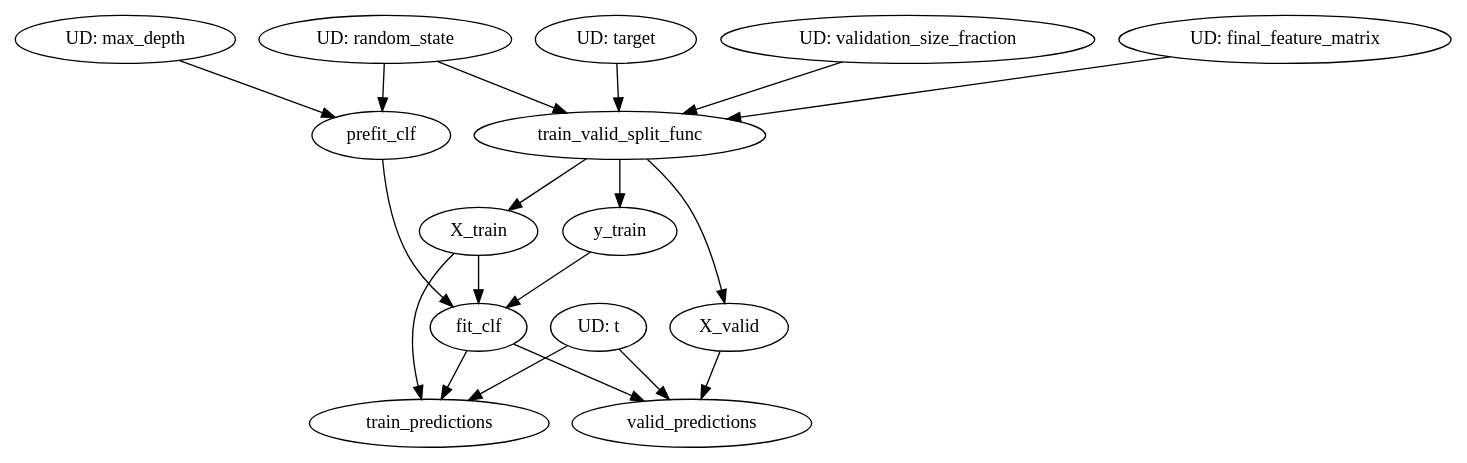
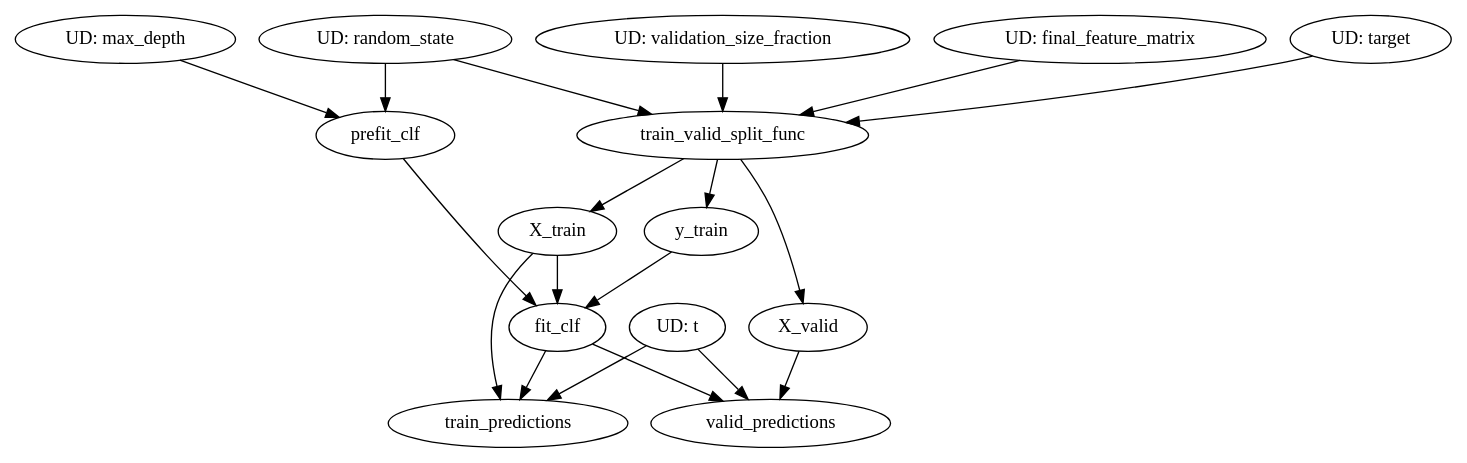
The diagram in artifacts/training.dot (aamir09/mlops2_with_dagster), drawn with Graphviz before and after one commit. The commit also changed other lines of this file and 21 other files, not shown here.

```diff
--- a/artifacts/training.dot
+++ b/artifacts/training.dot
@@ -1,41 +1,41 @@
 // Dependency Graph
 digraph {
+	X_valid [label=X_valid]
+	random_state [label=random_state]
+	X_train [label=X_train]
+	validation_size_fraction [label=validation_size_fraction]
+	t [label=t]
+	prefit_clf [label=prefit_clf]
+	train_predictions [label=train_predictions]
+	y_train [label=y_train]
+	final_feature_matrix [label=final_feature_matrix]
+	valid_predictions [label=valid_predictions]
+	train_valid_split_func [label=train_valid_split_func]
+	max_depth [label=max_depth]
+	fit_clf [label=fit_clf]
 	target [label=target]
-	y_train [label=y_train]
-	train_predictions [label=train_predictions]
-	valid_predictions [label=valid_predictions]
-	fit_clf [label=fit_clf]
-	max_depth [label=max_depth]
-	X_valid [label=X_valid]
-	train_valid_split_func [label=train_valid_split_func]
-	validation_size_fraction [label=validation_size_fraction]
-	prefit_clf [label=prefit_clf]
-	random_state [label=random_state]
-	t [label=t]
-	X_train [label=X_train]
-	final_feature_matrix [label=final_feature_matrix]
-	target [label="UD: target"]
-	max_depth [label="UD: max_depth"]
+	random_state [label="UD: random_state"]
 	validation_size_fraction [label="UD: validation_size_fraction"]
-	random_state [label="UD: random_state"]
 	t [label="UD: t"]
 	final_feature_matrix [label="UD: final_feature_matrix"]
-	train_valid_split_func -> y_train
+	max_depth [label="UD: max_depth"]
+	target [label="UD: target"]
+	train_valid_split_func -> X_valid
+	train_valid_split_func -> X_train
+	random_state -> prefit_clf
+	max_depth -> prefit_clf
 	fit_clf -> train_predictions
 	X_train -> train_predictions
 	t -> train_predictions
+	train_valid_split_func -> y_train
 	fit_clf -> valid_predictions
 	X_valid -> valid_predictions
 	t -> valid_predictions
-	prefit_clf -> fit_clf
-	X_train -> fit_clf
-	y_train -> fit_clf
-	train_valid_split_func -> X_valid
 	final_feature_matrix -> train_valid_split_func
 	target -> train_valid_split_func
 	validation_size_fraction -> train_valid_split_func
 	random_state -> train_valid_split_func
-	random_state -> prefit_clf
-	max_depth -> prefit_clf
-	train_valid_split_func -> X_train
+	prefit_clf -> fit_clf
+	X_train -> fit_clf
+	y_train -> fit_clf
 }
```
